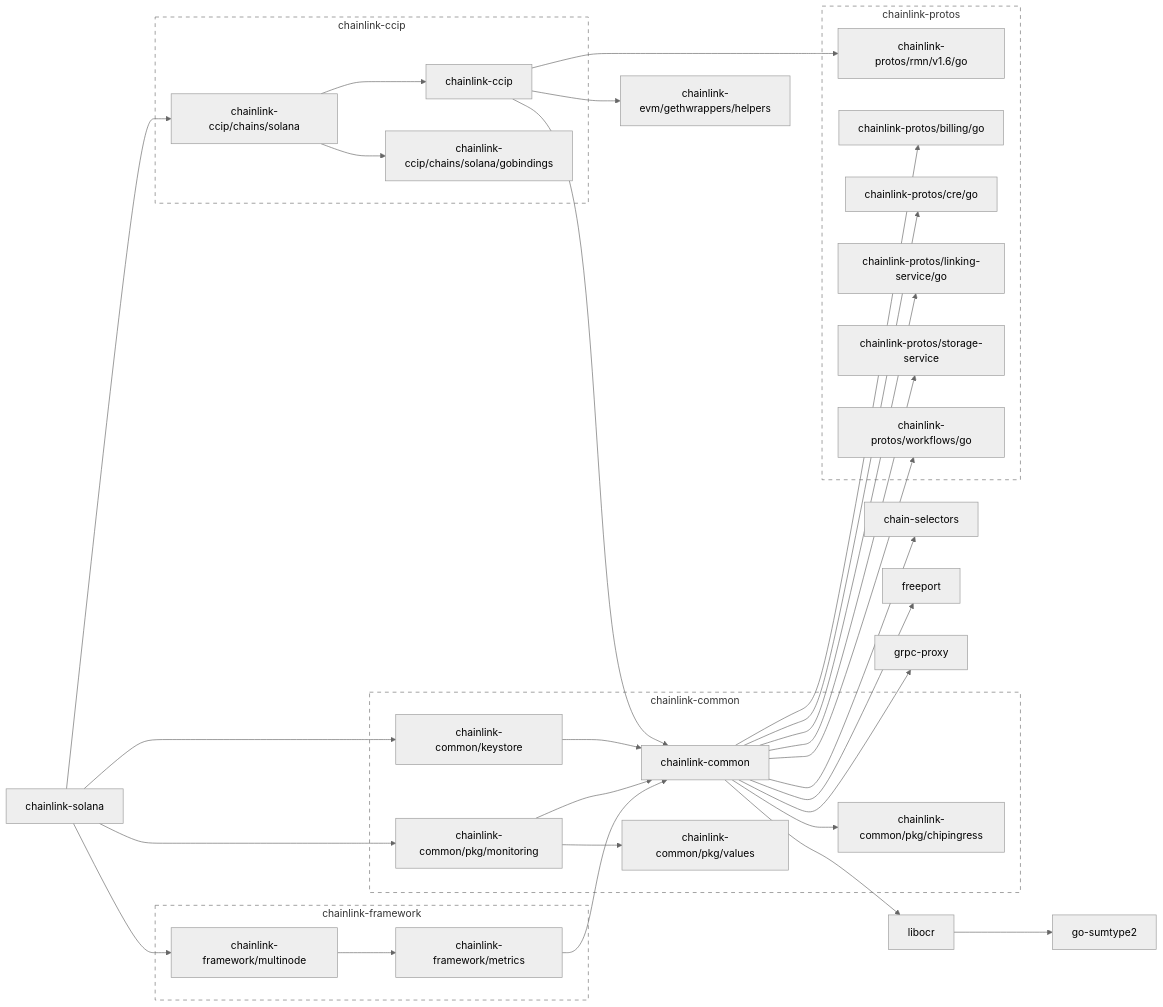
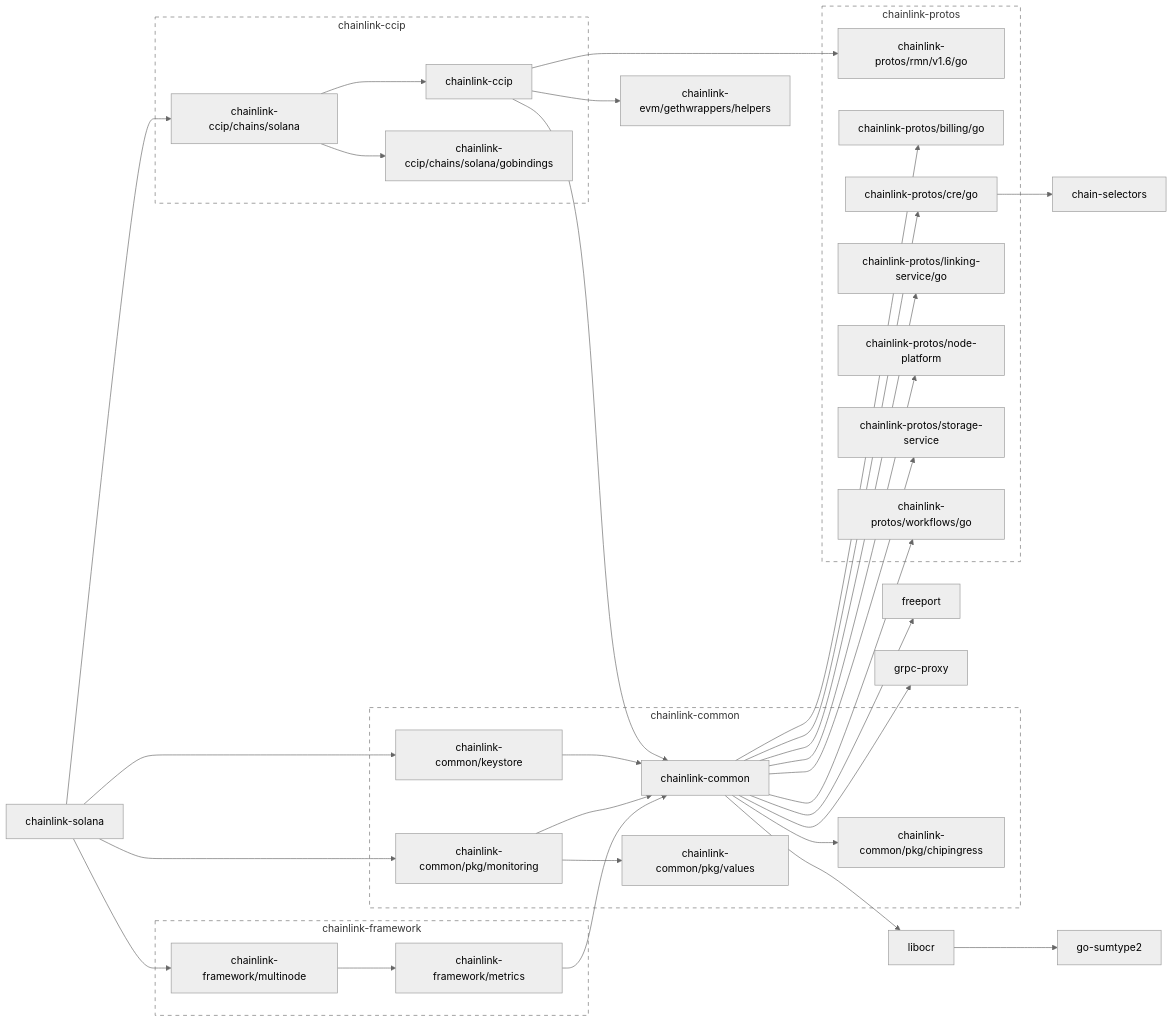
The first of 2 diagrams in go.md (smartcontractkit/chainlink-solana), drawn with Mermaid (neutral theme) before and after one commit. The commit also changed 8 other files, not shown here.

```diff
--- a/go.md
+++ b/go.md
@@ -14,11 +14,11 @@
 	click chainlink-ccip/chains/solana href "https://github.com/smartcontractkit/chainlink-ccip"
 	chainlink-ccip/chains/solana/gobindings
 	click chainlink-ccip/chains/solana/gobindings href "https://github.com/smartcontractkit/chainlink-ccip"
-	chainlink-common --> chain-selectors
 	chainlink-common --> chainlink-common/pkg/chipingress
 	chainlink-common --> chainlink-protos/billing/go
 	chainlink-common --> chainlink-protos/cre/go
 	chainlink-common --> chainlink-protos/linking-service/go
+	chainlink-common --> chainlink-protos/node-platform
 	chainlink-common --> chainlink-protos/storage-service
 	chainlink-common --> chainlink-protos/workflows/go
 	chainlink-common --> freeport
@@ -42,10 +42,12 @@
 	click chainlink-framework/multinode href "https://github.com/smartcontractkit/chainlink-framework"
 	chainlink-protos/billing/go
 	click chainlink-protos/billing/go href "https://github.com/smartcontractkit/chainlink-protos"
-	chainlink-protos/cre/go
+	chainlink-protos/cre/go --> chain-selectors
 	click chainlink-protos/cre/go href "https://github.com/smartcontractkit/chainlink-protos"
 	chainlink-protos/linking-service/go
 	click chainlink-protos/linking-service/go href "https://github.com/smartcontractkit/chainlink-protos"
+	chainlink-protos/node-platform
+	click chainlink-protos/node-platform href "https://github.com/smartcontractkit/chainlink-protos"
 	chainlink-protos/rmn/v1.6/go
 	click chainlink-protos/rmn/v1.6/go href "https://github.com/smartcontractkit/chainlink-protos"
 	chainlink-protos/storage-service
@@ -92,6 +94,7 @@
 		 chainlink-protos/billing/go
 		 chainlink-protos/cre/go
 		 chainlink-protos/linking-service/go
+		 chainlink-protos/node-platform
 		 chainlink-protos/rmn/v1.6/go
 		 chainlink-protos/storage-service
 		 chainlink-protos/workflows/go
```
